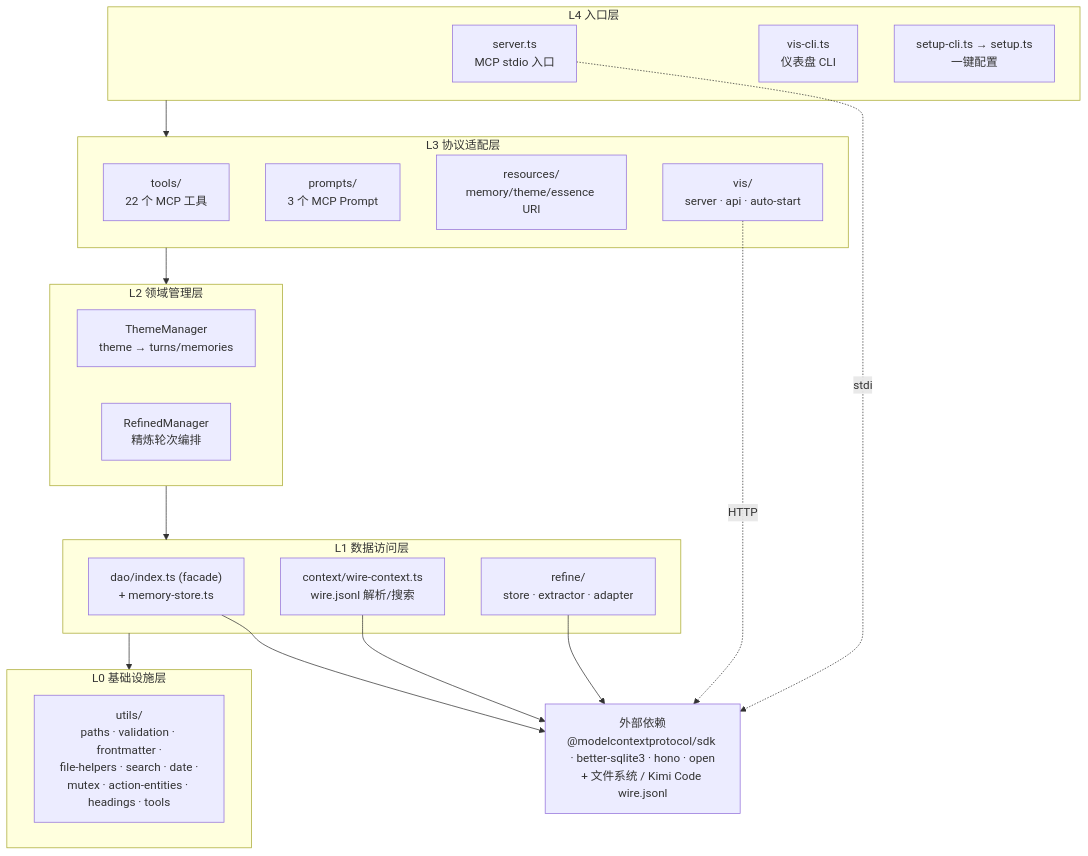
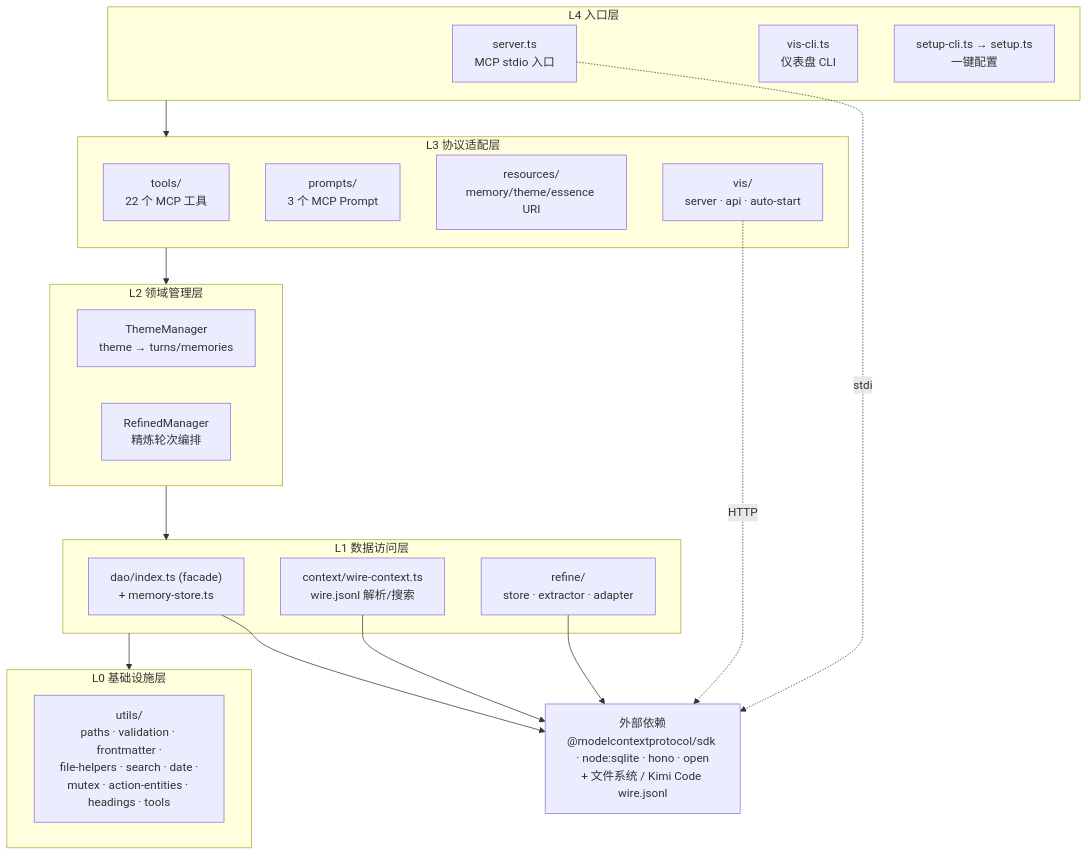
One commit to Zehee/kimi-code-memory-mcp-server changed the first of 15 diagrams in docs/flow-charts.zh-CN.md. Above: the diagram before and after it, drawn with Mermaid. The commit also changed other lines of this file and 7 other files, not shown here.

First line of the commit message:
feat(refine): migrate storage from better-sqlite3 to node:sqlite

````diff
--- a/docs/flow-charts.zh-CN.md
+++ b/docs/flow-charts.zh-CN.md
@@ -19,39 +19,39 @@
 ```mermaid
 flowchart TD
   subgraph L4["L4 入口层"]
     SERVER["server.ts<br/>MCP stdio 入口"]
     VISCLI["vis-cli.ts<br/>仪表盘 CLI"]
     SETUPCLI["setup-cli.ts → setup.ts<br/>一键配置"]
   end
 
   subgraph L3["L3 协议适配层"]
     TOOLS["tools/<br/>22 个 MCP 工具"]
     PROMPTS["prompts/<br/>3 个 MCP Prompt"]
     RES["resources/<br/>memory/theme/essence URI"]
     VIS["vis/<br/>server · api · auto-start"]
   end
 
   subgraph L2["L2 领域管理层"]
     TM["ThemeManager<br/>theme → turns/memories"]
     RM["RefinedManager<br/>精炼轮次编排"]
   end
 
   subgraph L1["L1 数据访问层"]
     DAO["dao/index.ts (facade)<br/>+ memory-store.ts"]
     CTX["context/wire-context.ts<br/>wire.jsonl 解析/搜索"]
     REFINE["refine/<br/>store · extractor · adapter"]
   end
 
   subgraph L0["L0 基础设施层"]
     UTILS["utils/<br/>paths · validation · frontmatter ·<br/>file-helpers · search · date ·<br/>mutex · action-entities · headings · tools"]
   end
 
-  EXT["外部依赖<br/>@modelcontextprotocol/sdk · better-sqlite3 · hono · open<br/>+ 文件系统 / Kimi Code wire.jsonl"]
+  EXT["外部依赖<br/>@modelcontextprotocol/sdk · node:sqlite · hono · open<br/>+ 文件系统 / Kimi Code wire.jsonl"]
 
   L4 --> L3 --> L2 --> L1 --> L0
   SERVER -.stdio.-> EXT
   VIS -.HTTP.-> EXT
   DAO --> EXT
   REFINE --> EXT
   CTX --> EXT
 ```
````
